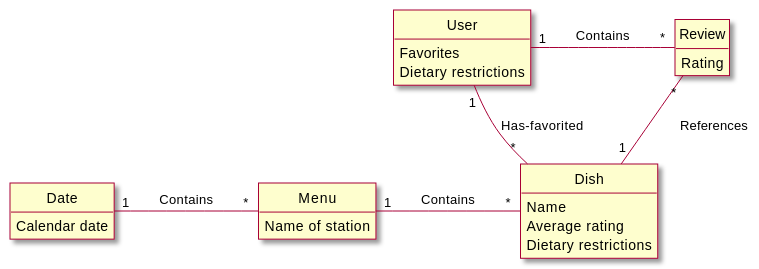
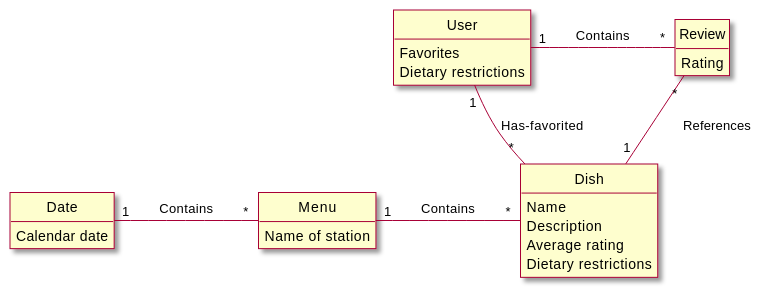
The first of 3 diagrams in intellij/doc/design.md (sashap100/Vassar-Dining-App), drawn with PlantUML before and after one commit. The commit also changed other lines of this file, not shown here.

Commit message:
Updated sequence diagram: labeled it Browse menu. Added Favorite item sequence diagram. Added Description field to Dish class.

````diff
--- a/intellij/doc/design.md
+++ b/intellij/doc/design.md
@@ -11,35 +11,36 @@
 ```plantuml
 @startuml
 
 skin rose
 
 hide circle
 hide empty methods
 
 ' classes
 class User{
     Favorites
     Dietary restrictions
 }
 class Review{
     Rating
 }
 class Date{
     Calendar date
 }
 class Menu{
     Name of station
 }
 class Dish{
     Name
+    Description
     Average rating
     Dietary restrictions
 }
 
 ' associations
 User "1" - "*" Review : \tContains\t\t
 User "1" - "*" Dish : Has-favorited\t\t
 Review "*" -- "1" Dish : \tReferences\t\t
 Date "1" - "*" Menu : \tContains\t\t
 Menu "1" - "*" Dish : \tContains\t\t
 ```
````
